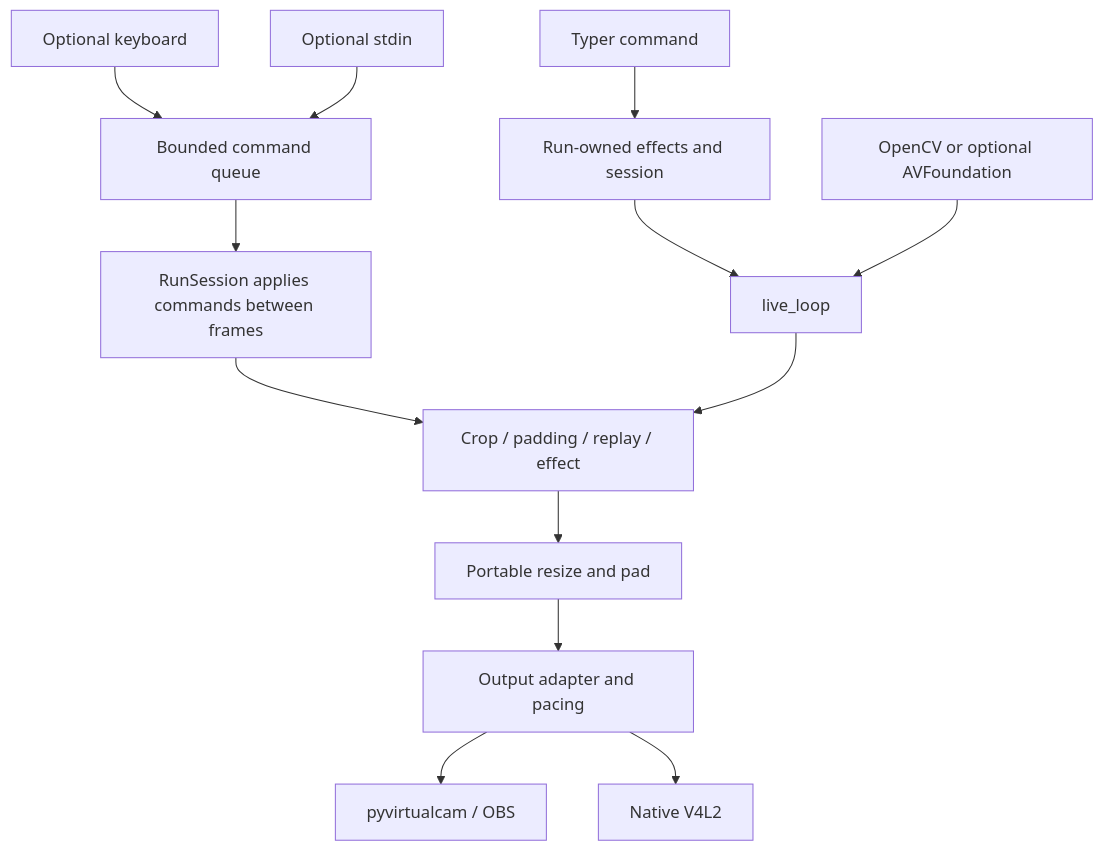
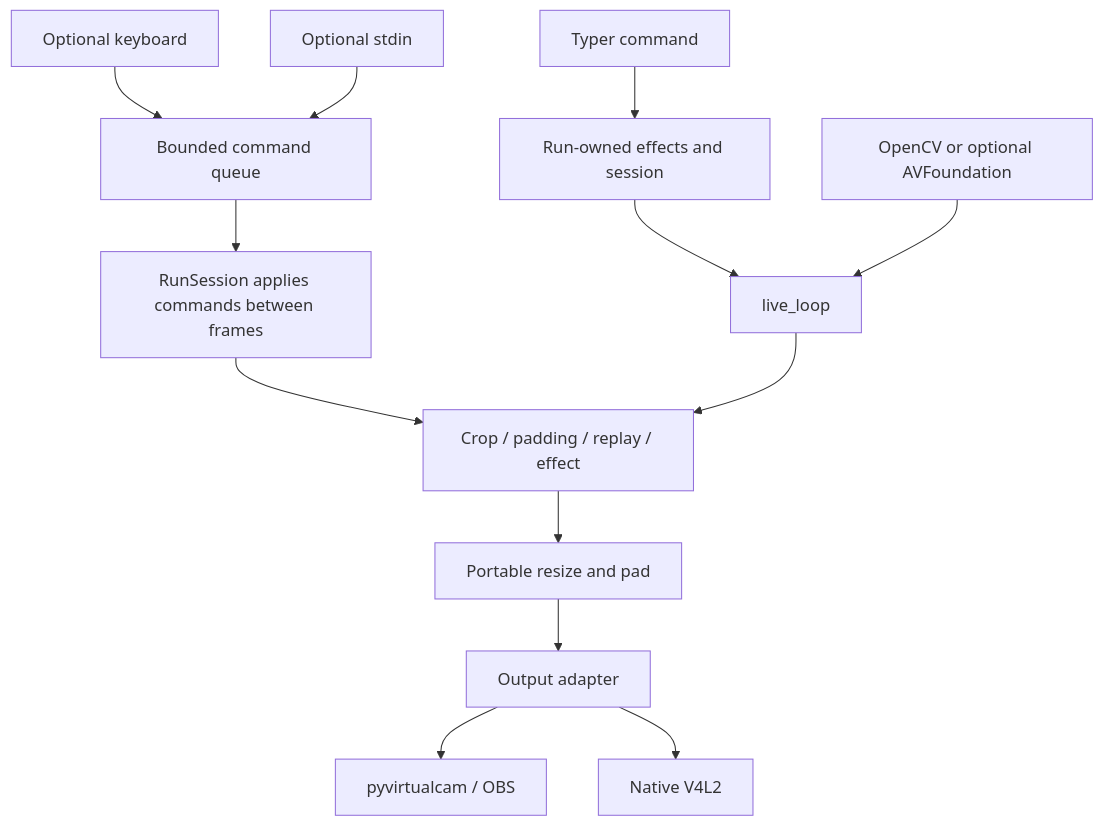
One commit to hamidzr/webcam-mods changed the diagram in docs/architecture.md. Above: the diagram before and after it, drawn with Mermaid. The commit also changed other lines of this file and 18 other files, not shown here.

````diff
--- a/docs/architecture.md
+++ b/docs/architecture.md
@@ -24,15 +24,15 @@
 ```mermaid
 flowchart TD
     CLI[Typer command] --> Run[Run-owned effects and session]
     Keyboard[Optional keyboard] --> Queue[Bounded command queue]
     Stdin[Optional stdin] --> Queue
     Queue --> Session[RunSession applies commands between frames]
     Run --> Loop[live_loop]
     Session --> Effect[Crop / padding / replay / effect]
     Camera[OpenCV or optional AVFoundation] --> Loop
     Loop --> Effect
     Effect --> Resize[Portable resize and pad]
-    Resize --> Output[Output adapter and pacing]
+    Resize --> Output[Output adapter]
     Output --> Mac[pyvirtualcam / OBS]
     Output --> Linux[Native V4L2]
 ```
````
